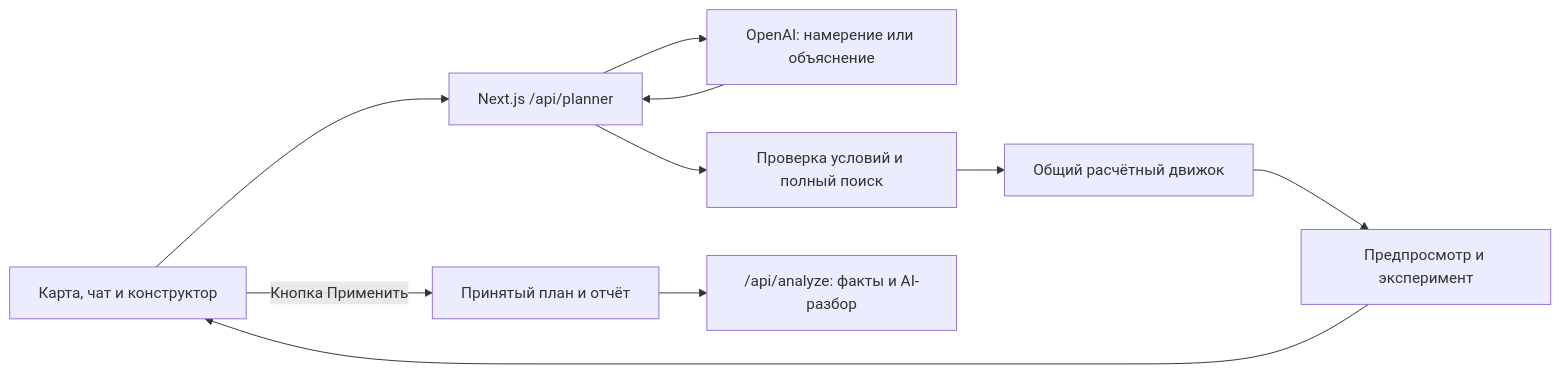
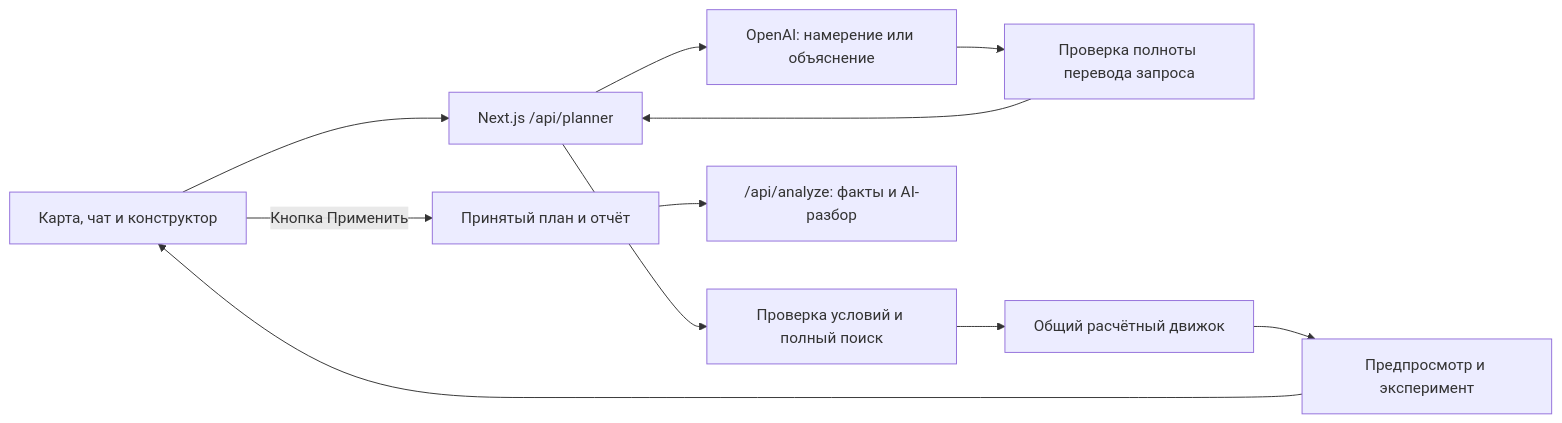
One commit to BAITC-Hacks/hack-46aa131a-chrollo changed the diagram in README.md. Above: the diagram before and after it, drawn with Mermaid. The commit also changed other lines of this file and 3 other files, not shown here.

````diff
--- a/README.md
+++ b/README.md
@@ -152,12 +192,13 @@
 ```mermaid
 flowchart LR
   UI["Карта, чат и конструктор"] --> API["Next.js /api/planner"]
   API --> AI["OpenAI: намерение или объяснение"]
-  AI --> API
+  AI --> C["Проверка полноты перевода запроса"]
+  C --> API
   API --> P["Проверка условий и полный поиск"]
   P --> E["Общий расчётный движок"]
   E --> V["Предпросмотр и эксперимент"]
   V --> UI
   UI -->|"Кнопка Применить"| R["Принятый план и отчёт"]
   R --> A["/api/analyze: факты и AI-разбор"]
 ```
````
